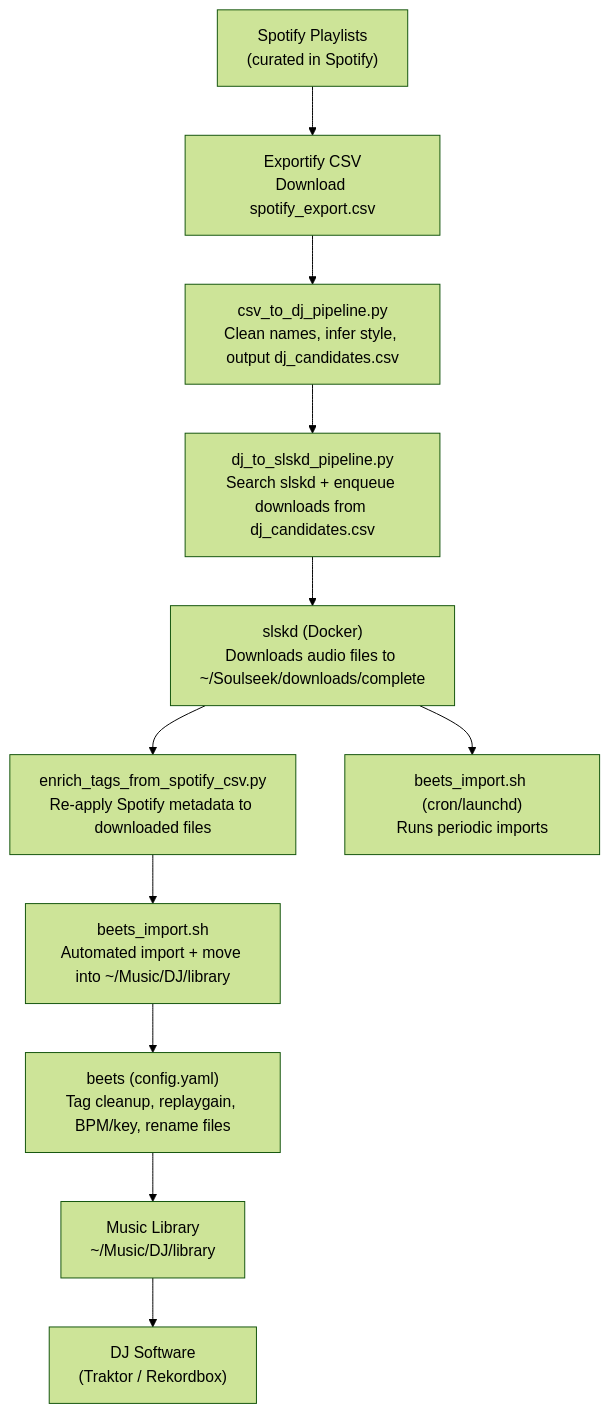
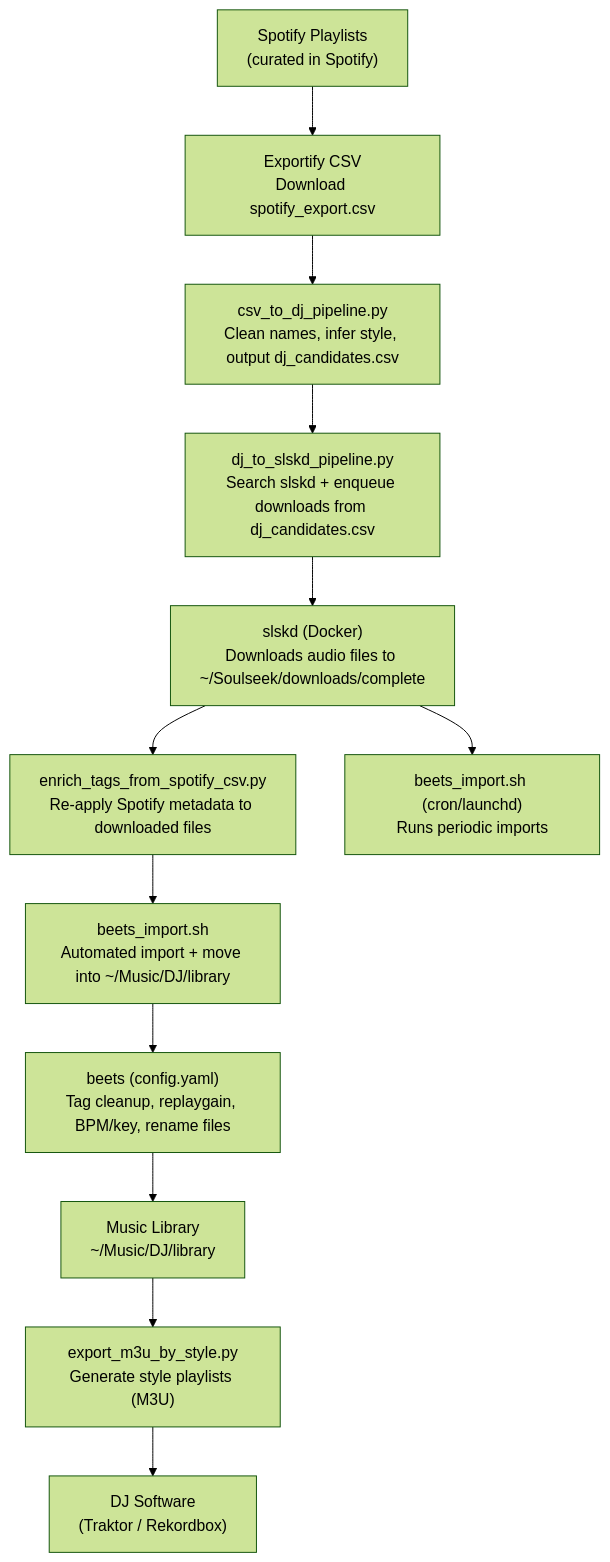
One commit to yenkz/intelliDj changed the diagram in diagram.md. Above: the diagram before and after it, drawn with Mermaid (forest theme). The commit also changed 10 other files, not shown here.

Commit message:
add tagging + traktor/rekordbox automation

````diff
--- a/diagram.md
+++ b/diagram.md
@@ -3,15 +3,16 @@
 ```mermaid
 flowchart TD
   A["Spotify Playlists<br/>(curated in Spotify)"] --> B["Exportify CSV<br/>Download spotify_export.csv"]
   B --> C["csv_to_dj_pipeline.py<br/>Clean names, infer style, output dj_candidates.csv"]
   C --> D["dj_to_slskd_pipeline.py<br/>Search slskd + enqueue downloads from dj_candidates.csv"]
   D --> E["slskd (Docker)<br/>Downloads audio files to ~/Soulseek/downloads/complete"]
   E --> F["enrich_tags_from_spotify_csv.py<br/>Re-apply Spotify metadata to downloaded files"]
   F --> G["beets_import.sh<br/>Automated import + move into ~/Music/DJ/library"]
   G --> H["beets (config.yaml)<br/>Tag cleanup, replaygain, BPM/key, rename files"]
   H --> I["Music Library<br/>~/Music/DJ/library"]
-  I --> J["DJ Software<br/>(Traktor / Rekordbox)"]
+  I --> J["export_m3u_by_style.py<br/>Generate style playlists (M3U)"]
+  J --> K["DJ Software<br/>(Traktor / Rekordbox)"]
 
   %% Optional / automation
-  E --> K["beets_import.sh (cron/launchd)<br/>Runs periodic imports"]
+  E --> L["beets_import.sh (cron/launchd)<br/>Runs periodic imports"]
 ```
````
